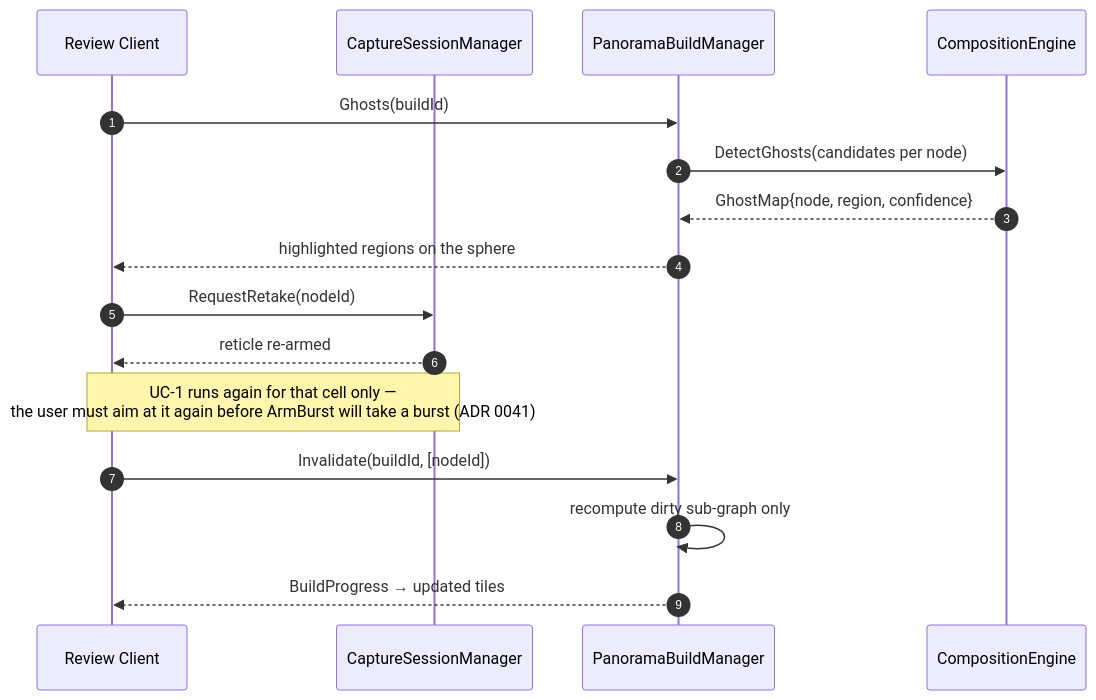
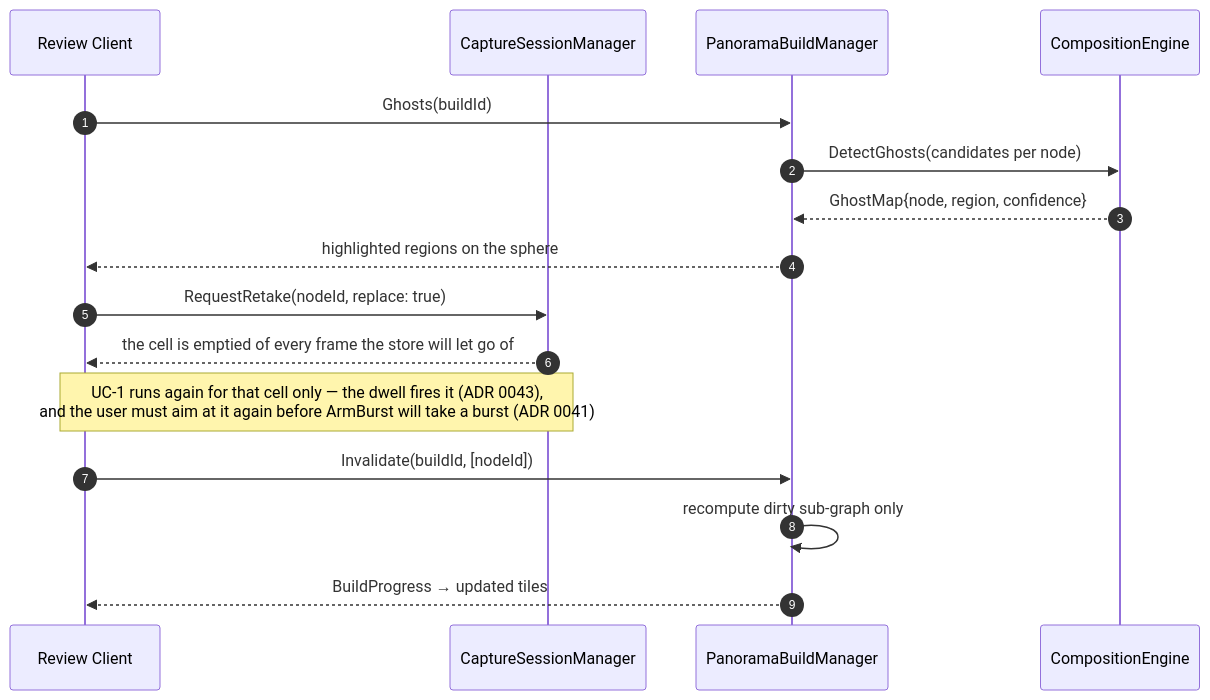
One commit to h3ll5ur7er/sphanorama changed the fourth of 4 diagrams in docs/03-architecture.md. Above: the diagram before and after it, drawn with Mermaid. The commit also changed other lines of this file and 15 other files, not shown here.

````diff
--- a/docs/03-architecture.md
+++ b/docs/03-architecture.md
@@ -333,19 +335,19 @@
 ```mermaid
 sequenceDiagram
   autonumber
   participant U as Review Client
   participant M1 as CaptureSessionManager
   participant M2 as PanoramaBuildManager
   participant E as CompositionEngine
 
   U->>M2: Ghosts(buildId)
   M2->>E: DetectGhosts(candidates per node)
   E-->>M2: GhostMap{node, region, confidence}
   M2-->>U: highlighted regions on the sphere
-  U->>M1: RequestRetake(nodeId)
-  M1-->>U: reticle re-armed
-  Note over U,M1: UC-1 runs again for that cell only —<br/>the user must aim at it again before ArmBurst will take a burst (ADR 0041)
+  U->>M1: RequestRetake(nodeId, replace: true)
+  M1-->>U: the cell is emptied of every frame the store will let go of
+  Note over U,M1: UC-1 runs again for that cell only — the dwell fires it (ADR 0043),<br/>and the user must aim at it again before ArmBurst will take a burst (ADR 0041)
   U->>M2: Invalidate(buildId, [nodeId])
   M2->>M2: recompute dirty sub-graph only
   M2-->>U: BuildProgress → updated tiles
 ```
````
